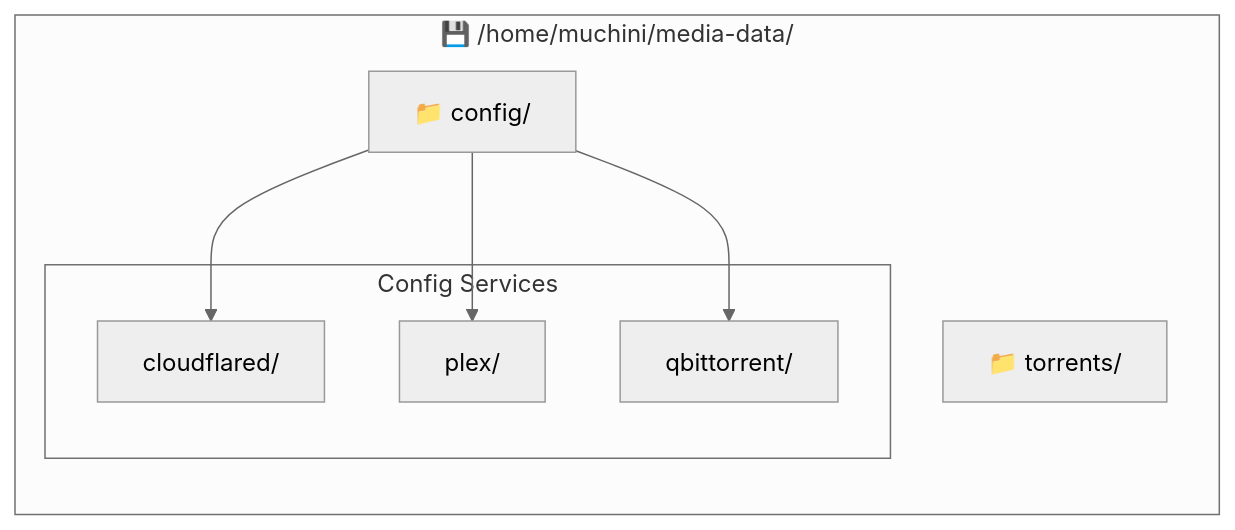
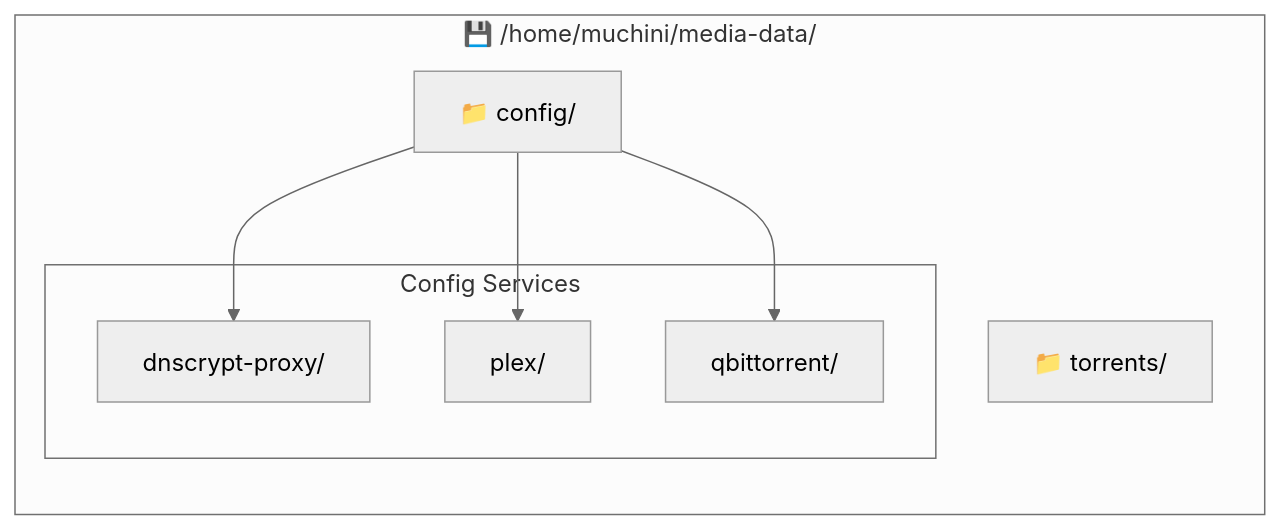
The fifth of 6 diagrams in CLAUDE.md (muchiny/media-stack-k8s), drawn with Mermaid (neutral theme) before and after one commit. The commit also changed other lines of this file and 24 other files, not shown here.

First line of the commit message:
feat: Replace cloudflared with dnscrypt-proxy

````diff
--- a/CLAUDE.md
+++ b/CLAUDE.md
@@ -220,17 +220,17 @@
 ```mermaid
 graph LR
     subgraph "💾 /home/muchini/media-data/"
         Config["📁 config/"]
         Torrents["📁 torrents/"]
 
         subgraph "Config Services"
-            CFG1["cloudflared/"]
+            CFG1["dnscrypt-proxy/"]
             CFG2["plex/"]
             CFG3["qbittorrent/"]
         end
     end
 
     Config --> CFG1
     Config --> CFG2
     Config --> CFG3
 ```
````
